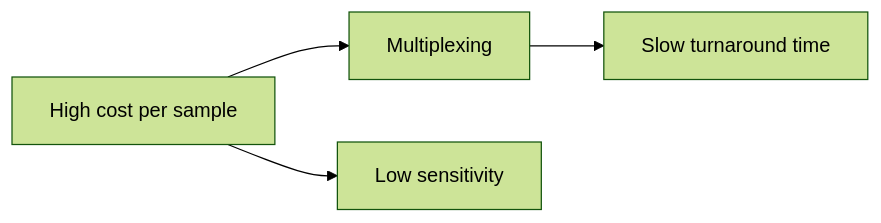
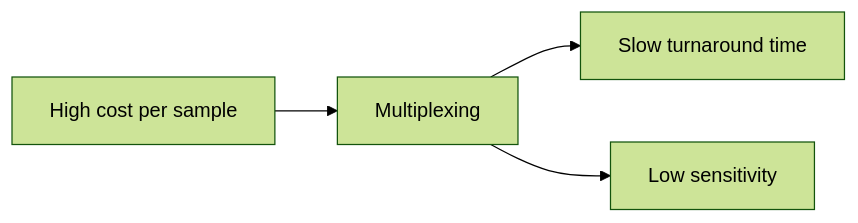
Before and after one commit to Escherbach/Seq-Roadmap: the diagram in tech-requirements.md, drawn with Mermaid (forest theme).

````diff
--- a/tech-requirements.md
+++ b/tech-requirements.md
@@ -19,6 +19,6 @@
 ```mermaid
 graph LR
 A[High cost per sample] --> B[Multiplexing]
 B --> C[Slow turnaround time]
-A --> D[Low sensitivity]
+B --> D[Low sensitivity]
 ```
````
